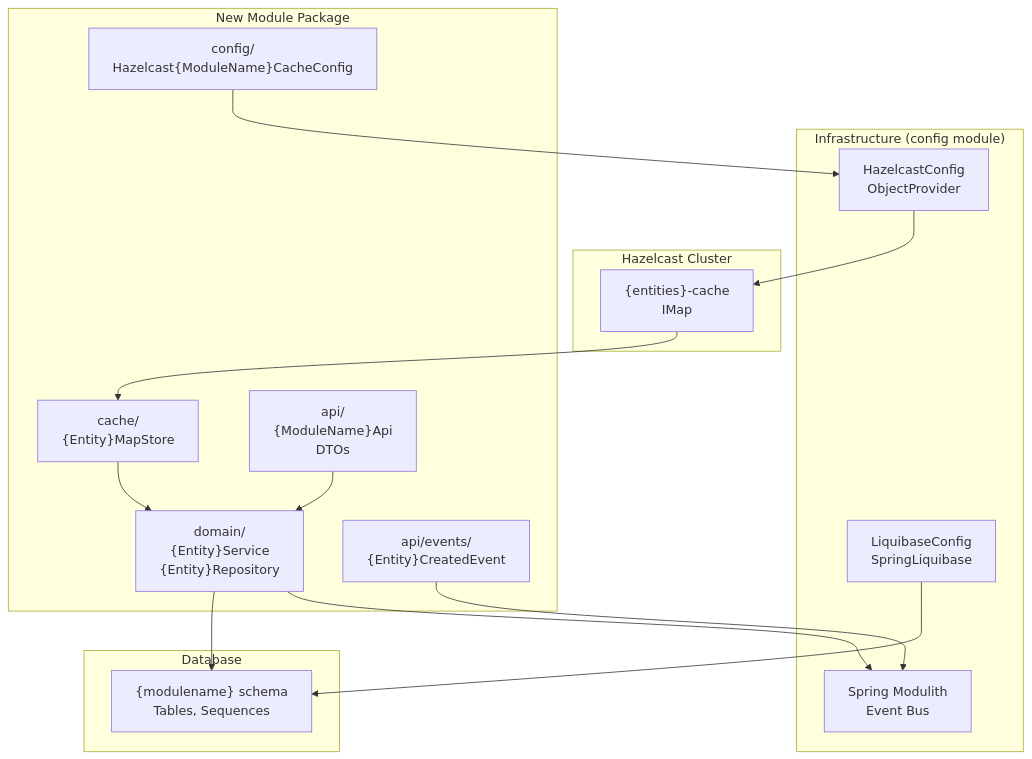
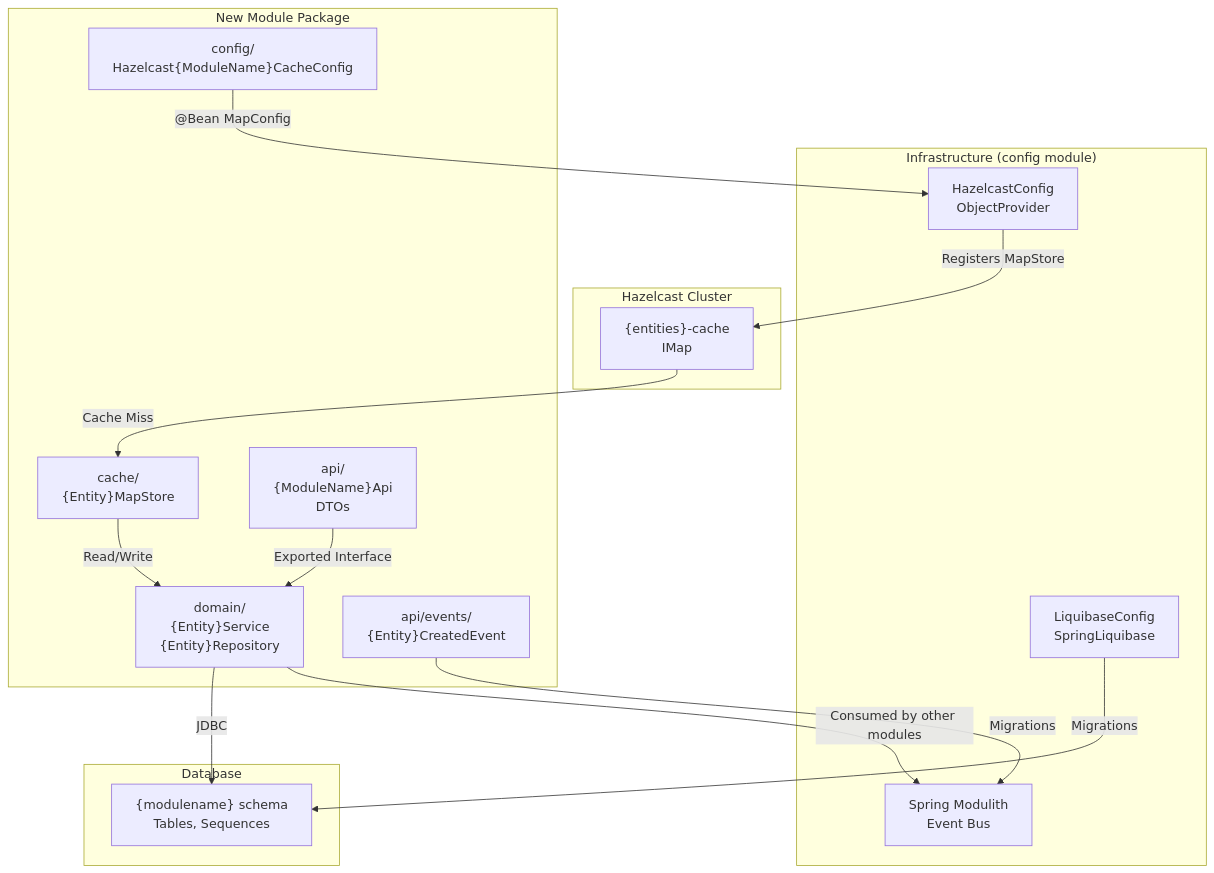
The second of 3 diagrams in docs/deepwiki/Adding-New-Modules.md (philipz/spring-modular-monolith), drawn with Mermaid before and after one commit. The commit also changed other lines of this file and 55 other files, not shown here.

````diff
--- a/docs/deepwiki/Adding-New-Modules.md
+++ b/docs/deepwiki/Adding-New-Modules.md
@@ -346,46 +346,46 @@
 ```mermaid
 flowchart TD
 
 Domain["domain/<br>{Entity}Service<br>{Entity}Repository"]
 Cache["cache/<br>{Entity}MapStore"]
 Config["config/<br>Hazelcast{ModuleName}CacheConfig"]
 API["api/<br>{ModuleName}Api<br>DTOs"]
 Events["api/events/<br>{Entity}CreatedEvent"]
 HazelcastConfig["HazelcastConfig<br>ObjectProvider<MapConfig>"]
 LiquibaseConfig["LiquibaseConfig<br>SpringLiquibase"]
 EventBus["Spring Modulith<br>Event Bus"]
 Schema["{modulename} schema<br>Tables, Sequences"]
 IMap["{entities}-cache<br>IMap<Long, {Entity}>"]
 
-Config --> HazelcastConfig
-HazelcastConfig --> IMap
-IMap --> Cache
-Domain --> Schema
-LiquibaseConfig --> Schema
-Domain --> EventBus
-Events --> EventBus
+Config -->|"@Bean MapConfig"| HazelcastConfig
+HazelcastConfig -->|"Registers MapStore"| IMap
+IMap -->|"Cache Miss"| Cache
+Domain -->|"JDBC"| Schema
+LiquibaseConfig -->|"Migrations"| Schema
+Domain -->|"Consumed by other modules"| EventBus
+Events -->|"Migrations"| EventBus
 
 subgraph subGraph3 ["Hazelcast Cluster"]
     IMap
 end
 
 subgraph Database ["Database"]
     Schema
 end
 
 subgraph subGraph1 ["Infrastructure (config module)"]
     HazelcastConfig
     LiquibaseConfig
     EventBus
 end
 
 subgraph subGraph0 ["New Module Package"]
     Domain
     Cache
     Config
     API
     Events
-    Cache --> Domain
-    API --> Domain
+    Cache -->|"Read/Write"| Domain
+    API -->|"Exported Interface"| Domain
 end
 ```
````
